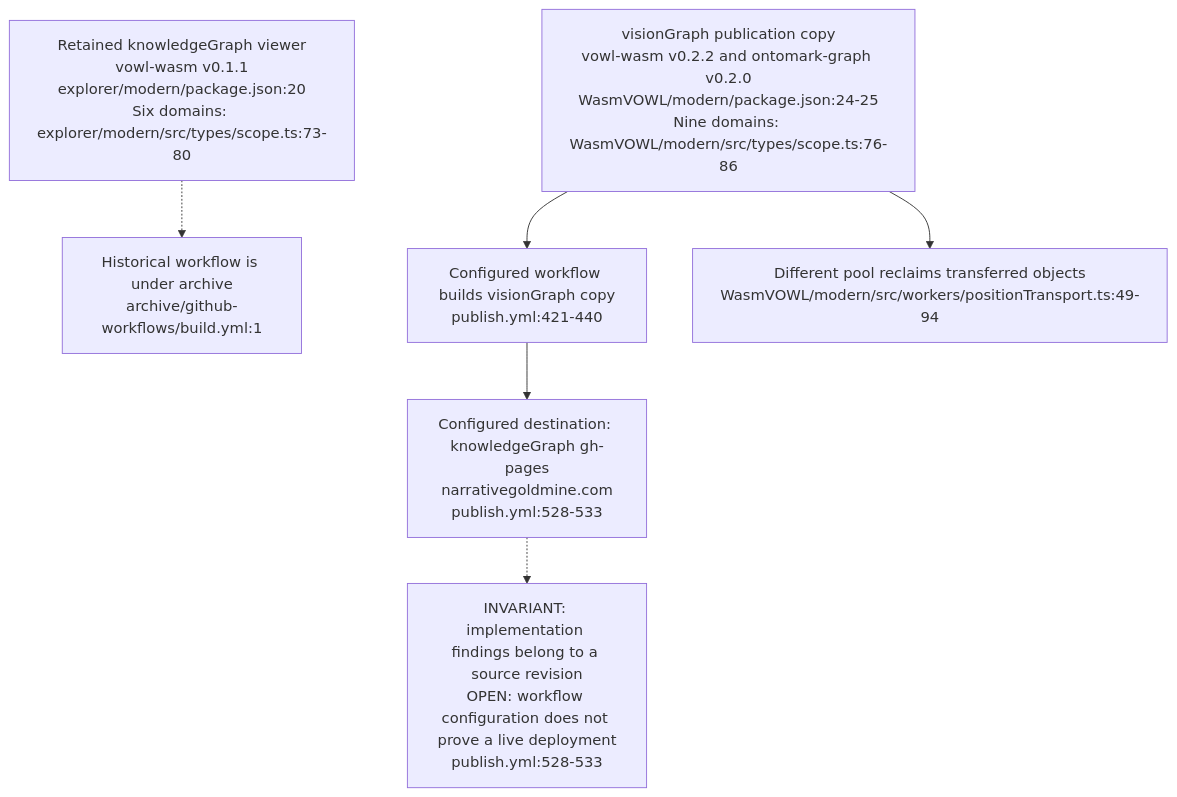
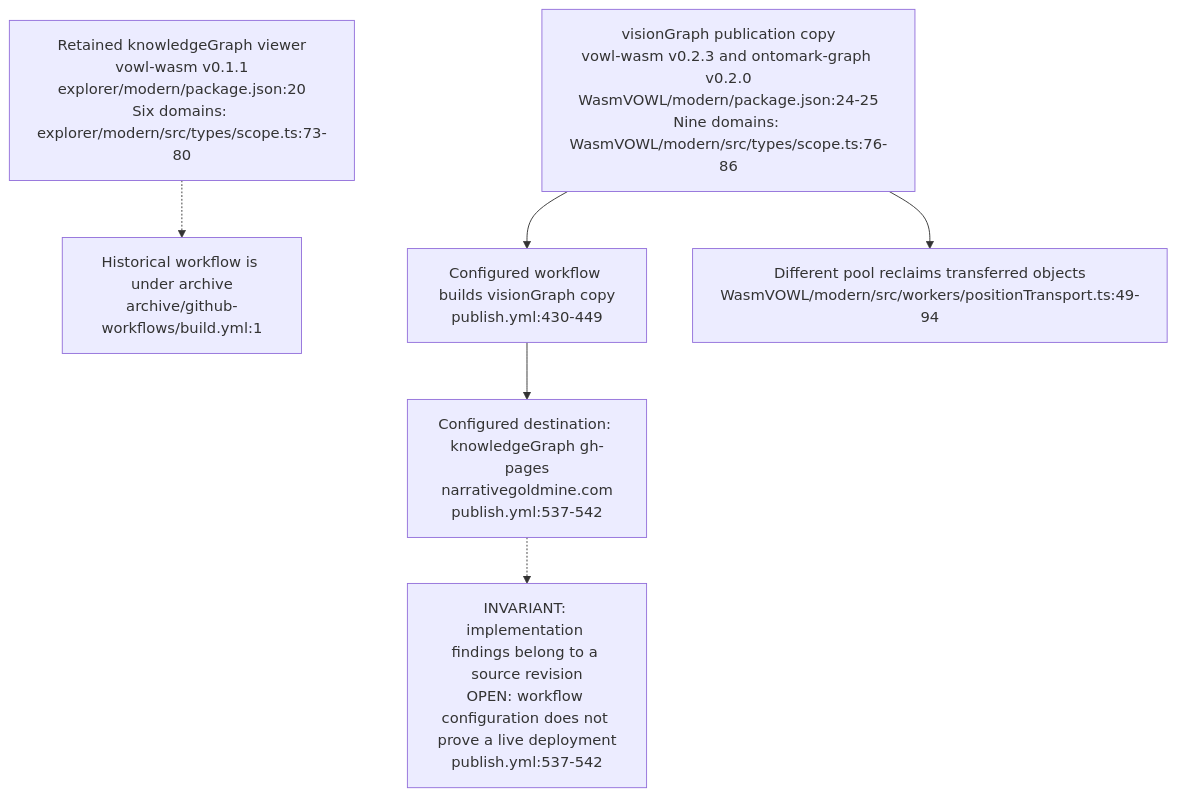
The fifth of 5 diagrams in docs/diagrams/knowledgegraph/04-explorer-and-site-build.md (DreamLab-AI/VisionFlow), drawn with Mermaid before and after one commit. The commit also changed other lines of this file and 49 other files, not shown here.

First line of the commit message:
docs(diagrams): re-derive and re-stamp VisionClaw, estate, knowledge-graph, visionGraph, VisionFlow and sidestr topics

````diff
--- a/docs/diagrams/knowledgegraph/04-explorer-and-site-build.md
+++ b/docs/diagrams/knowledgegraph/04-explorer-and-site-build.md
@@ -135,14 +135,14 @@
 ```mermaid
 flowchart TB
     KG["Retained knowledgeGraph viewer<br/>vowl-wasm v0.1.1<br/>explorer/modern/package.json:20<br/>Six domains: explorer/modern/src/types/scope.ts:73-80"]
     ARCH["Historical workflow is under archive<br/>archive/github-workflows/build.yml:1"]
-    VG["visionGraph publication copy<br/>vowl-wasm v0.2.2 and ontomark-graph v0.2.0<br/>WasmVOWL/modern/package.json:24-25<br/>Nine domains: WasmVOWL/modern/src/types/scope.ts:76-86"]
-    BUILD["Configured workflow builds visionGraph copy<br/>publish.yml:421-440"]
-    SITE["Configured destination: knowledgeGraph gh-pages<br/>narrativegoldmine.com<br/>publish.yml:528-533"]
+    VG["visionGraph publication copy<br/>vowl-wasm v0.2.3 and ontomark-graph v0.2.0<br/>WasmVOWL/modern/package.json:24-25<br/>Nine domains: WasmVOWL/modern/src/types/scope.ts:76-86"]
+    BUILD["Configured workflow builds visionGraph copy<br/>publish.yml:430-449"]
+    SITE["Configured destination: knowledgeGraph gh-pages<br/>narrativegoldmine.com<br/>publish.yml:537-542"]
     POOL["Different pool reclaims transferred objects<br/>WasmVOWL/modern/src/workers/positionTransport.ts:49-94"]
     KG -.-> ARCH
     VG --> BUILD --> SITE
     VG --> POOL
-    NOTE["INVARIANT: implementation findings belong to a source revision<br/>OPEN: workflow configuration does not prove a live deployment<br/>publish.yml:528-533"]
+    NOTE["INVARIANT: implementation findings belong to a source revision<br/>OPEN: workflow configuration does not prove a live deployment<br/>publish.yml:537-542"]
     SITE -.-> NOTE
 ```
````
